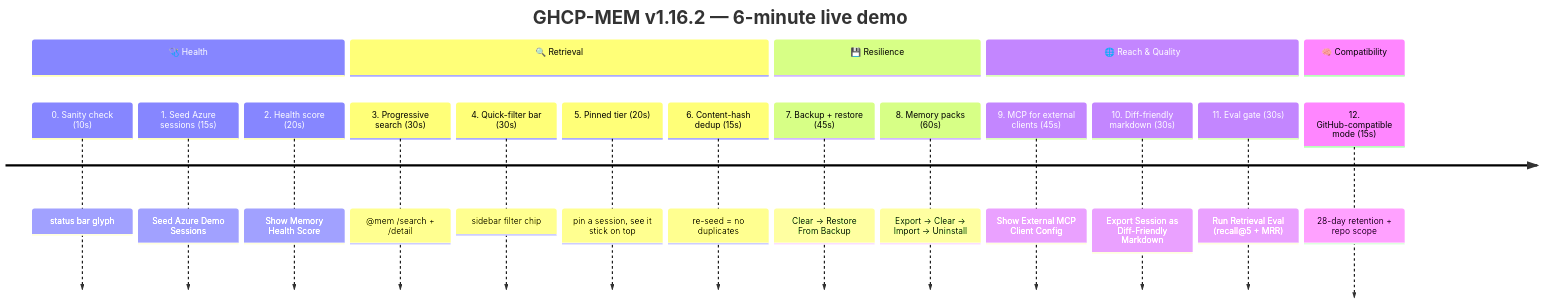
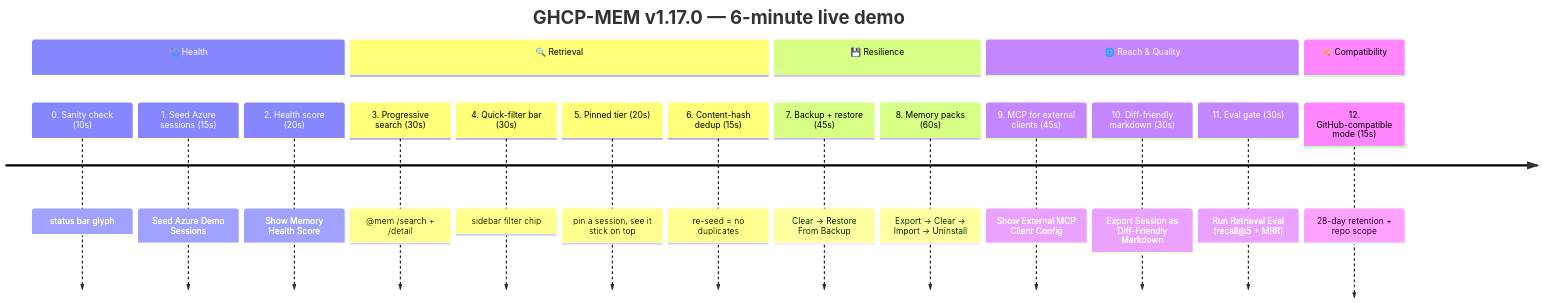
Before and after one commit to ITcredibl/ghcp-mem: the first of 5 diagrams in docs/DEMO.md, drawn with Mermaid. The commit also changed other lines of this file and 7 other files, not shown here.

````diff
--- a/docs/DEMO.md
+++ b/docs/DEMO.md
@@ -20,22 +20,22 @@
 ```mermaid
 timeline
-    title GHCP-MEM v1.16.2 — 6-minute live demo
+    title GHCP-MEM v1.17.0 — 6-minute live demo
     section 🩺 Health
         0. Sanity check (10s)              : status bar glyph
         1. Seed Azure sessions (15s)       : Seed Azure Demo Sessions
         2. Health score (20s)              : Show Memory Health Score
     section 🔍 Retrieval
         3. Progressive search (30s)        : @mem /search + /detail
         4. Quick-filter bar (30s)          : sidebar filter chip
         5. Pinned tier (20s)               : pin a session, see it stick on top
         6. Content-hash dedup (15s)        : re-seed = no duplicates
     section 💾 Resilience
         7. Backup + restore (45s)          : Clear → Restore From Backup
         8. Memory packs (60s)              : Export → Clear → Import → Uninstall
     section 🌐 Reach & Quality
         9. MCP for external clients (45s)  : Show External MCP Client Config
         10. Diff-friendly markdown (30s)   : Export Session as Diff-Friendly Markdown
         11. Eval gate (30s)                : Run Retrieval Eval (recall@5 + MRR)
     section 🧠 Compatibility
         12. GitHub-compatible mode (15s)   : 28-day retention + repo scope
 ```
````
